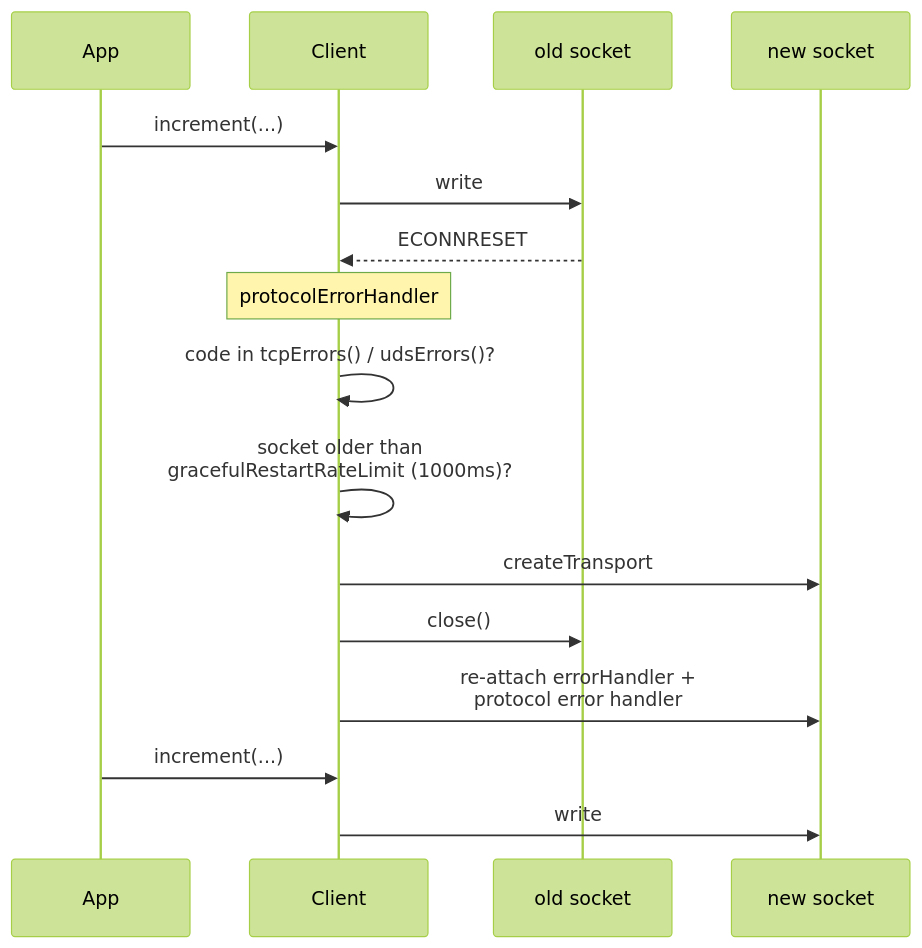
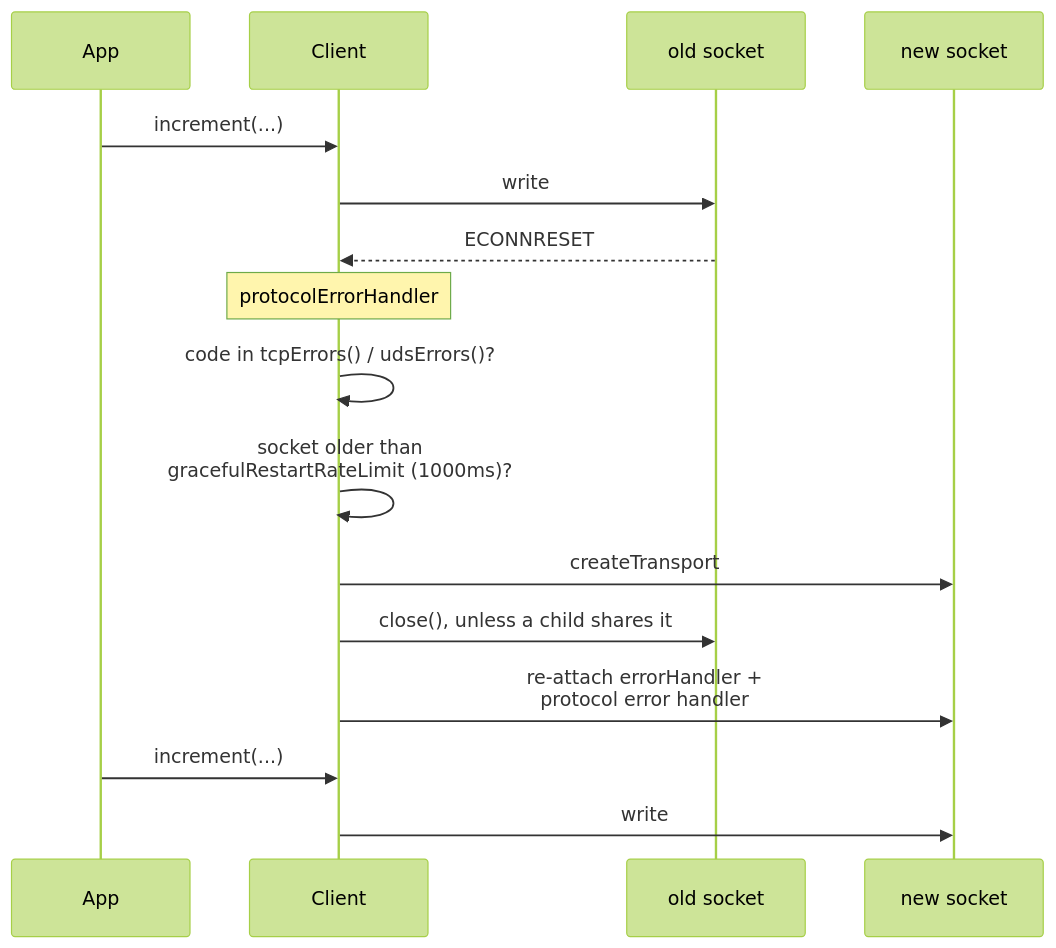
Before and after one commit to bdeitte/hot-shots: the sixth of 8 diagrams in NETWORKING.md, drawn with Mermaid (forest theme). The commit also changed other lines of this file and 10 other files, not shown here.

````diff
--- a/NETWORKING.md
+++ b/NETWORKING.md
@@ -195,19 +200,19 @@
 ```mermaid
 sequenceDiagram
     participant App
     participant Client
     participant Old as old socket
     participant New as new socket
 
     App->>Client: increment(...)
     Client->>Old: write
     Old-->>Client: ECONNRESET
     Note over Client: protocolErrorHandler
     Client->>Client: code in tcpErrors() / udsErrors()?
     Client->>Client: socket older than<br/>gracefulRestartRateLimit (1000ms)?
     Client->>New: createTransport
-    Client->>Old: close()
+    Client->>Old: close(), unless a child shares it
     Client->>New: re-attach errorHandler +<br/>protocol error handler
     App->>Client: increment(...)
     Client->>New: write
 ```
````
